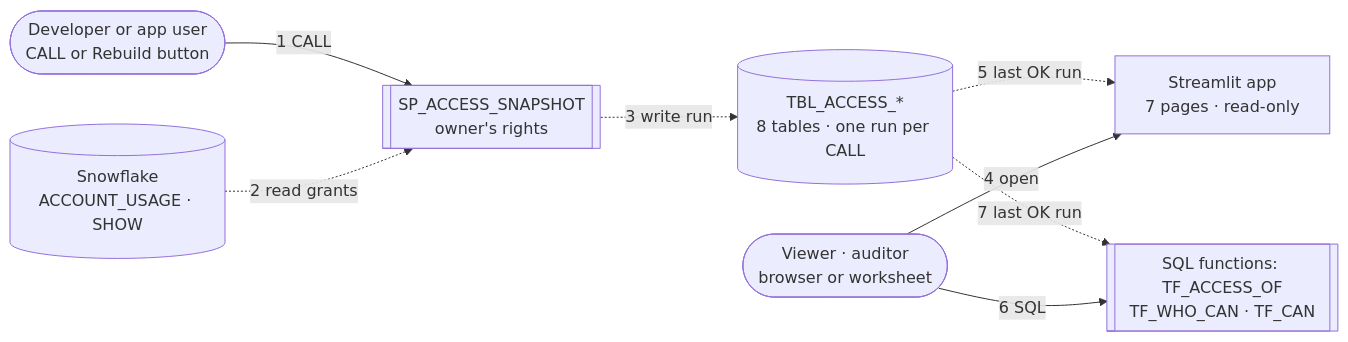
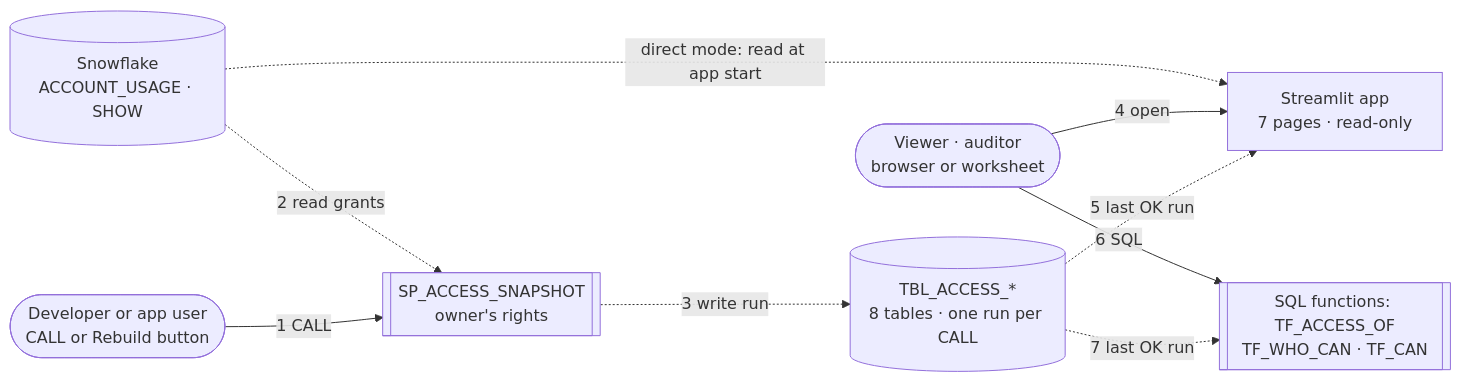
One commit to darshanmeel/snowflake-access-explorer changed the first of 4 diagrams in access-explorer/README.md. Above: the diagram before and after it, drawn with Mermaid. The commit also changed other lines of this file and 7 other files, not shown here.

First line of the commit message:
Direct mode: read grants straight from Snowflake when procedures can't be created; README How to run

````diff
--- a/access-explorer/README.md
+++ b/access-explorer/README.md
@@ -6,17 +6,18 @@
 ```mermaid
 flowchart LR
   SF[("Snowflake<br/>ACCOUNT_USAGE · SHOW")]
   SP[["SP_ACCESS_SNAPSHOT<br/>owner's rights"]]
   T[("TBL_ACCESS_*<br/>8 tables · one run per CALL")]
   APP["Streamlit app<br/>7 pages · read-only"]
   TF[["SQL functions: TF_ACCESS_OF<br/>TF_WHO_CAN · TF_CAN"]]
   D(["Developer or app user<br/>CALL or Rebuild button"])
   U(["Viewer · auditor<br/>browser or worksheet"])
   D -- "1 CALL" --> SP
   SF -. "2 read grants" .-> SP
   SP -. "3 write run" .-> T
   T -. "5 last OK run" .-> APP
   T -. "7 last OK run" .-> TF
   U -- "4 open" --> APP
   U -- "6 SQL" --> TF
+  SF -. "direct mode: read at app start" .-> APP
 ```
````
